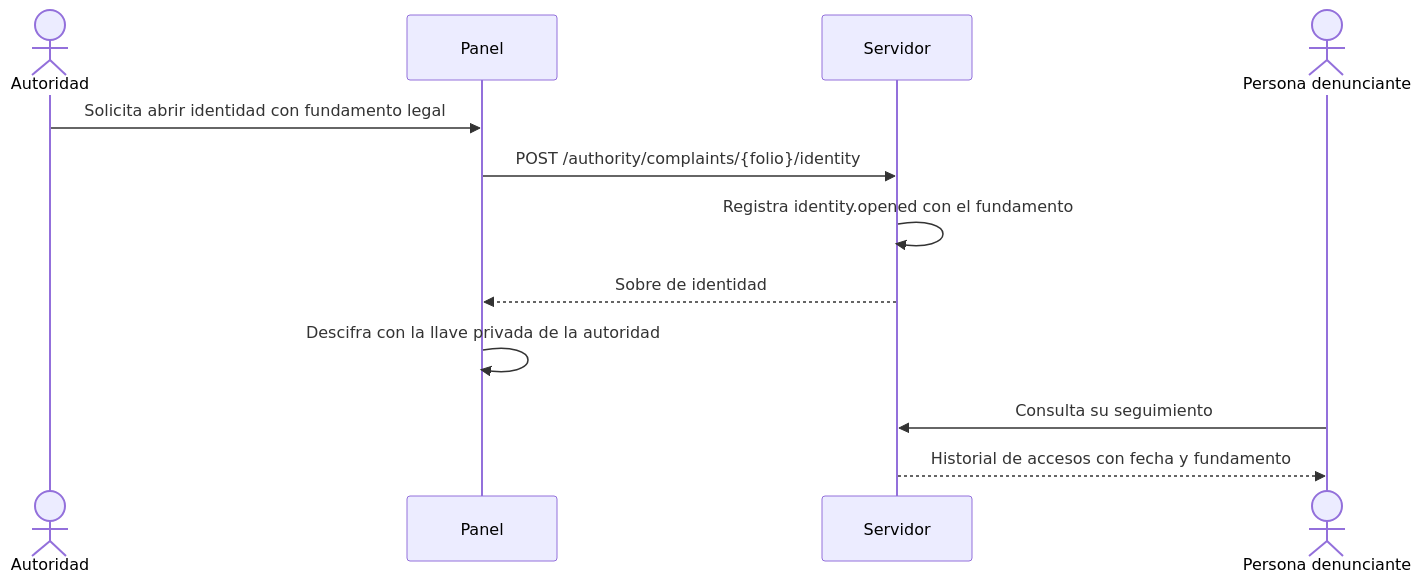
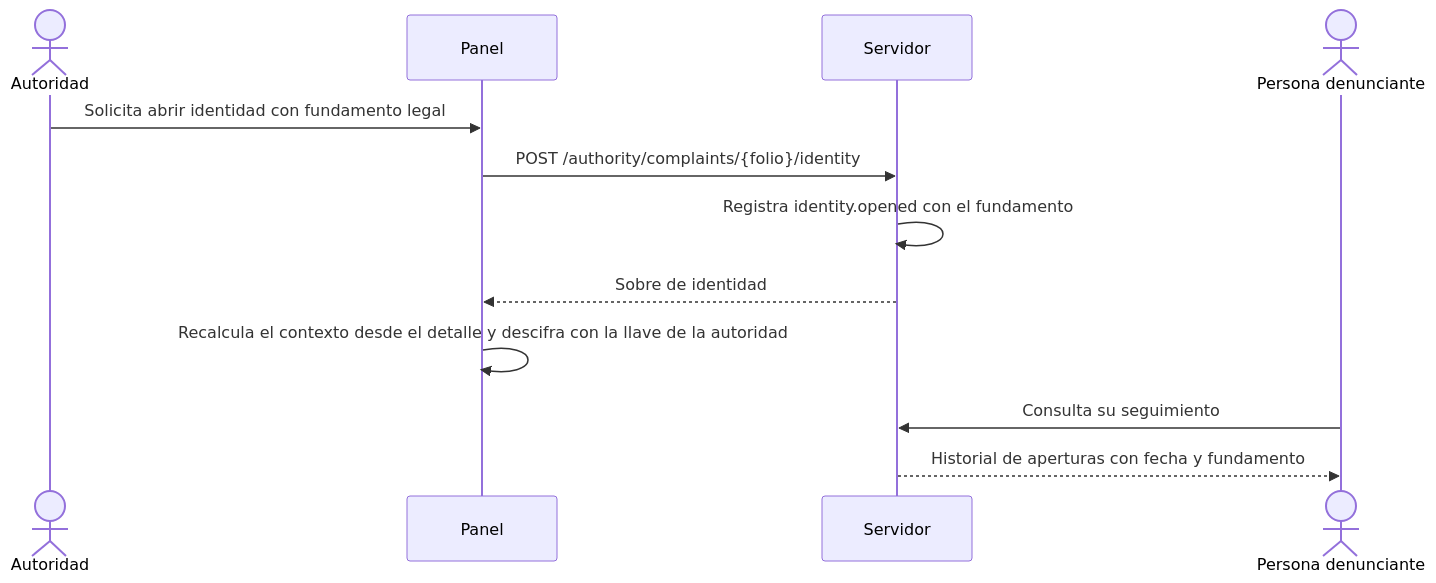
The fifth of 5 diagrams in docs/arquitectura.md (GuilleOp/sigilo-s5), drawn with Mermaid before and after one commit. The commit also changed other lines of this file and 14 other files, not shown here.

````diff
--- a/docs/arquitectura.md
+++ b/docs/arquitectura.md
@@ -117,14 +133,14 @@
 ```mermaid
 sequenceDiagram
   actor A as Autoridad
   participant P as Panel
   participant S as Servidor
   actor D as Persona denunciante
   A->>P: Solicita abrir identidad con fundamento legal
   P->>S: POST /authority/complaints/{folio}/identity
   S->>S: Registra identity.opened con el fundamento
   S-->>P: Sobre de identidad
-  P->>P: Descifra con la llave privada de la autoridad
+  P->>P: Recalcula el contexto desde el detalle y descifra con la llave de la autoridad
   D->>S: Consulta su seguimiento
-  S-->>D: Historial de accesos con fecha y fundamento
+  S-->>D: Historial de aperturas con fecha y fundamento
 ```
````
